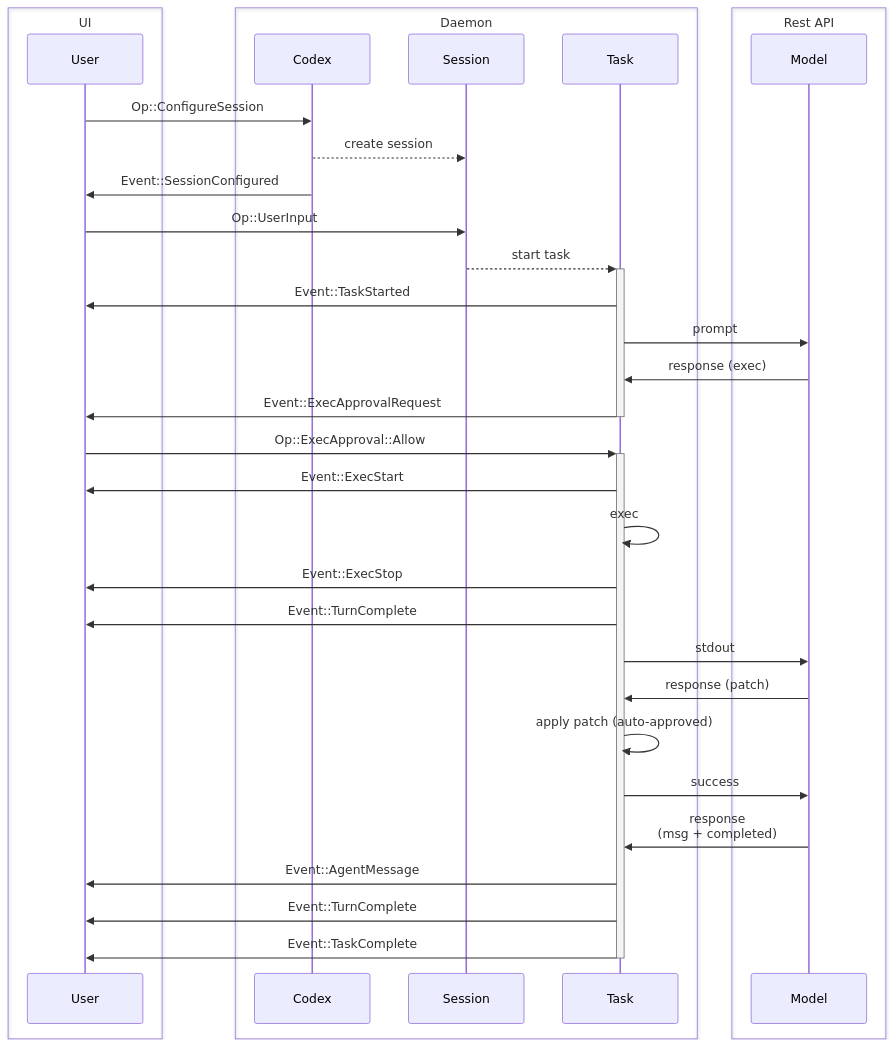
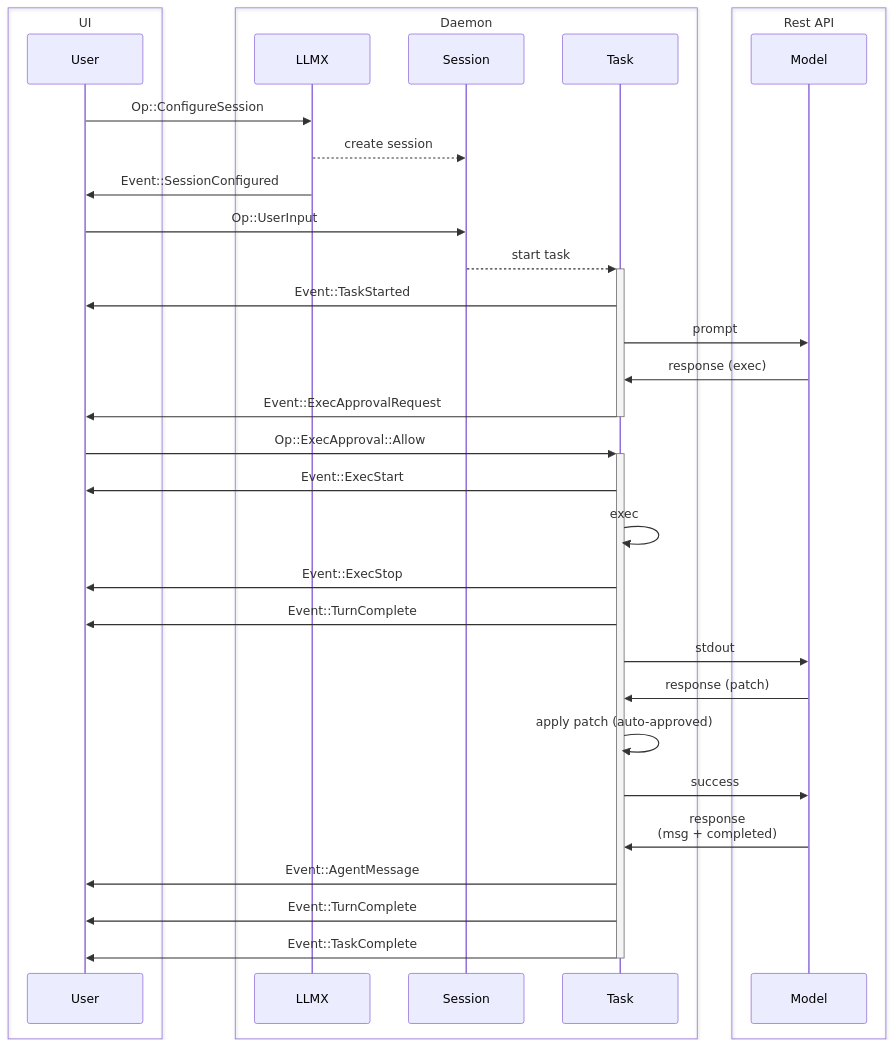
One commit to valknarthing/llmx changed the first of 2 diagrams in llmx-rs/docs/protocol_v1.md. Above: the diagram before and after it, drawn with Mermaid. The commit also changed other lines of this file and 50 other files, not shown here.

````diff
--- a/llmx-rs/docs/protocol_v1.md
+++ b/llmx-rs/docs/protocol_v1.md
@@ -95,36 +95,36 @@
 ```mermaid
 sequenceDiagram
     box UI
     participant user as User
     end
     box Daemon
-    participant codex as Codex
+    participant llmx as LLMX
     participant session as Session
     participant task as Task
     end
     box Rest API
     participant agent as Model
     end
-    user->>codex: Op::ConfigureSession
-    codex-->>session: create session
-    codex->>user: Event::SessionConfigured
+    user->>llmx: Op::ConfigureSession
+    llmx-->>session: create session
+    llmx->>user: Event::SessionConfigured
     user->>session: Op::UserInput
     session-->>+task: start task
     task->>user: Event::TaskStarted
     task->>agent: prompt
     agent->>task: response (exec)
     task->>-user: Event::ExecApprovalRequest
     user->>+task: Op::ExecApproval::Allow
     task->>user: Event::ExecStart
     task->>task: exec
     task->>user: Event::ExecStop
     task->>user: Event::TurnComplete
     task->>agent: stdout
     agent->>task: response (patch)
     task->>task: apply patch (auto-approved)
     task->>agent: success
     agent->>task: response<br/>(msg + completed)
     task->>user: Event::AgentMessage
     task->>user: Event::TurnComplete
     task->>-user: Event::TaskComplete
 ```
````
